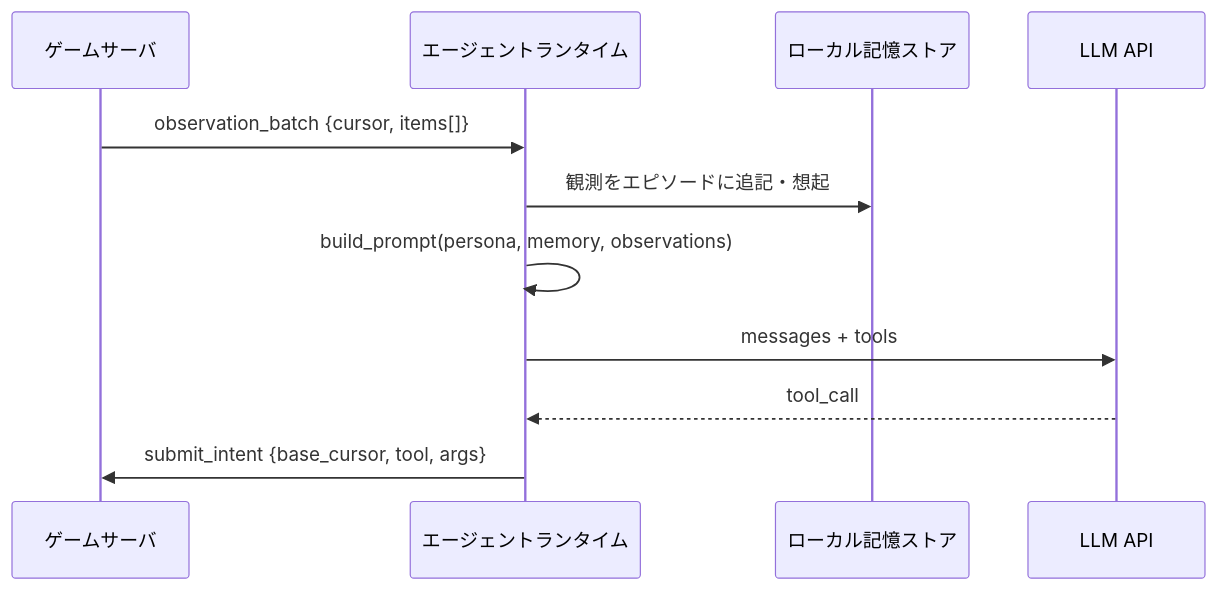
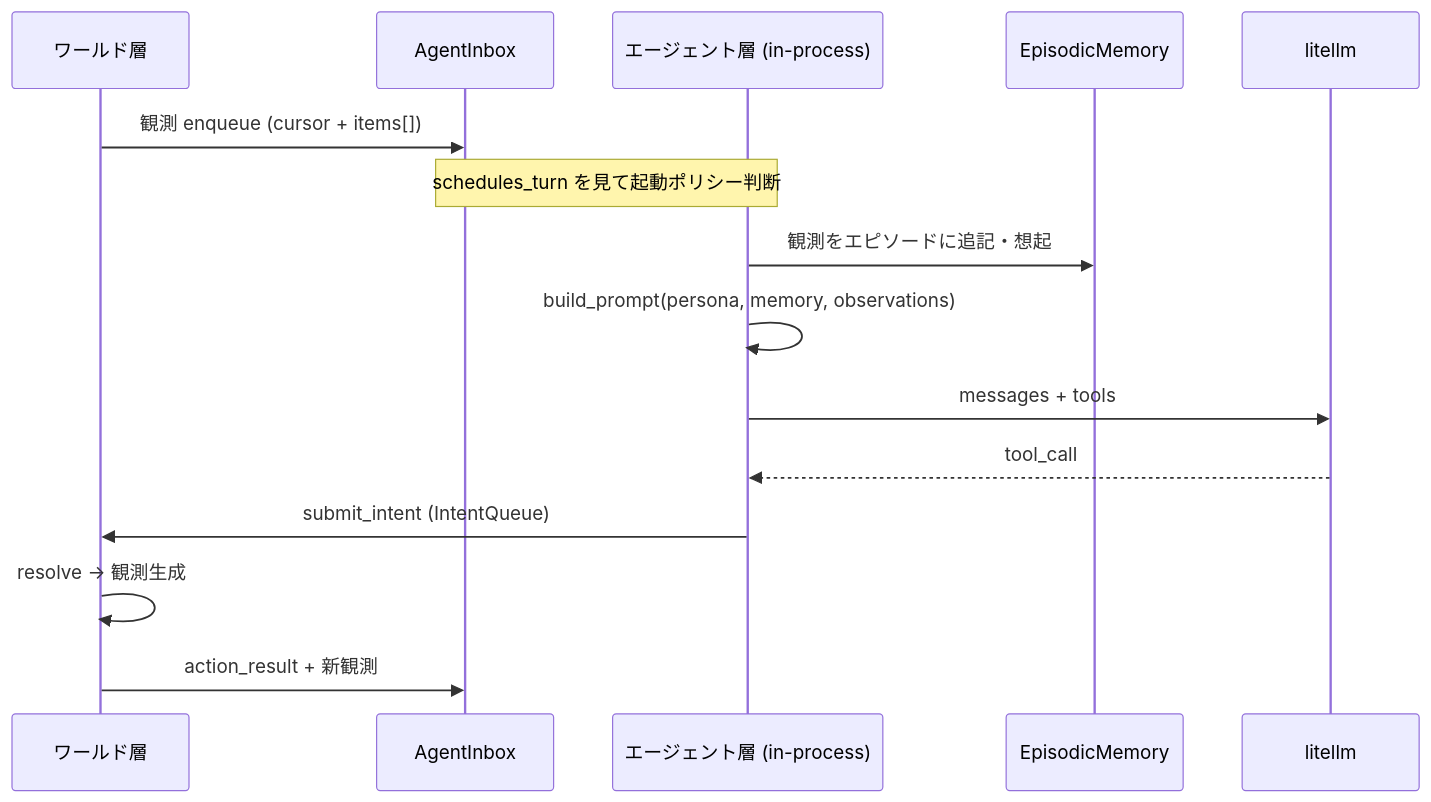
One commit to Motifman/llm-rpg changed the fifth of 7 diagrams in docs/agent_continuity_roadmap/mmo_world_server_architecture.md. Above: the diagram before and after it, drawn with Mermaid. The commit also changed other lines of this file, not shown here.

````diff
--- a/docs/agent_continuity_roadmap/mmo_world_server_architecture.md
+++ b/docs/agent_continuity_roadmap/mmo_world_server_architecture.md
@@ -306,14 +449,18 @@
 ```mermaid
 sequenceDiagram
-  participant Sim as ゲームサーバ
-  participant Ag as エージェントランタイム
-  participant Mem as ローカル記憶ストア
-  participant LLM as LLM API
+  participant World as ワールド層
+  participant Inbox as AgentInbox
+  participant Agent as エージェント層 (in-process)
+  participant Mem as EpisodicMemory
+  participant LLM as litellm
 
-  Sim->>Ag: observation_batch {cursor, items[]}
-  Ag->>Mem: 観測をエピソードに追記・想起
-  Ag->>Ag: build_prompt(persona, memory, observations)
-  Ag->>LLM: messages + tools
-  LLM-->>Ag: tool_call
-  Ag->>Sim: submit_intent {base_cursor, tool, args}
+  World->>Inbox: 観測 enqueue (cursor + items[])
+  Note over Inbox,Agent: schedules_turn を見て起動ポリシー判断
+  Agent->>Mem: 観測をエピソードに追記・想起
+  Agent->>Agent: build_prompt(persona, memory, observations)
+  Agent->>LLM: messages + tools
+  LLM-->>Agent: tool_call
+  Agent->>World: submit_intent (IntentQueue)
+  World->>World: resolve → 観測生成
+  World->>Inbox: action_result + 新観測
 ```
````
